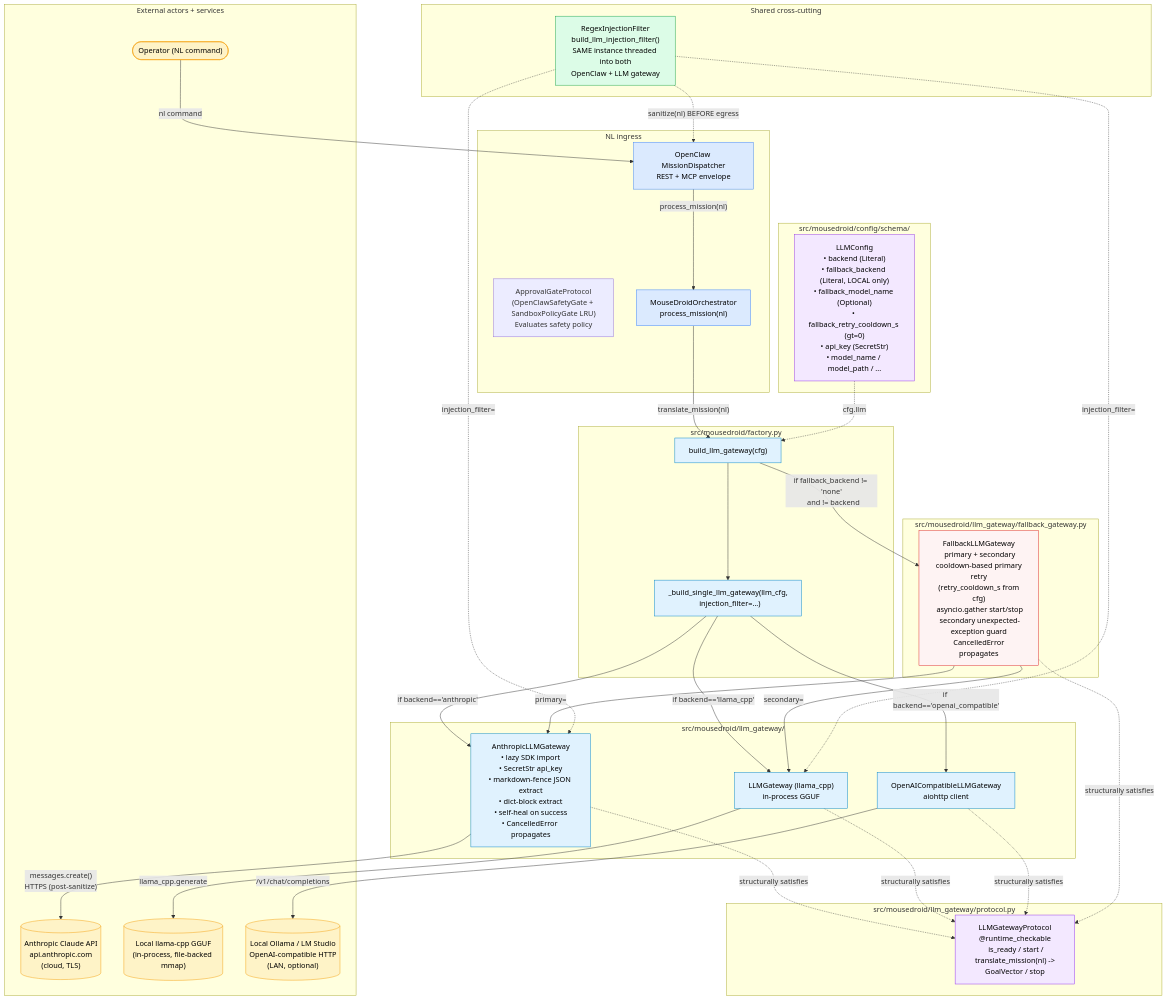
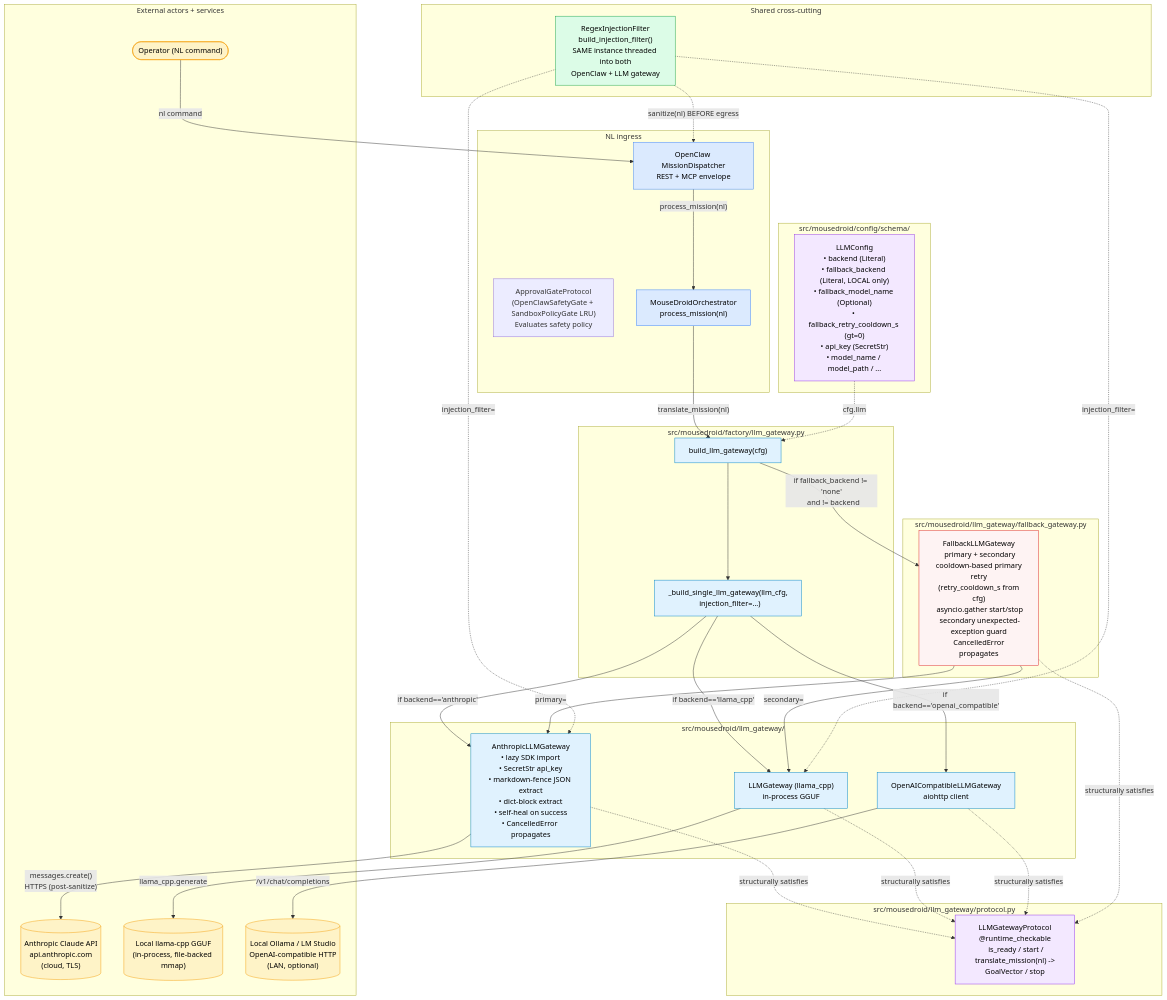
One commit to ianshank/Mouse-Droid-AGI changed the diagram in docs/architecture/c4-llm-gateway.md. Above: the diagram before and after it, drawn with Mermaid. The commit also changed 81 other files, not shown here.

```diff
--- a/docs/architecture/c4-llm-gateway.md
+++ b/docs/architecture/c4-llm-gateway.md
@@ -28,10 +28,10 @@
     end
 
     subgraph Filter["Shared cross-cutting"]
-        InjFilter["RegexInjectionFilter\nbuild_llm_injection_filter()\nSAME instance threaded into both\nOpenClaw + LLM gateway"]
+        InjFilter["RegexInjectionFilter\nbuild_injection_filter()\nSAME instance threaded into both\nOpenClaw + LLM gateway"]
     end
 
-    subgraph Factory["src/mousedroid/factory.py"]
+    subgraph Factory["src/mousedroid/factory/llm_gateway.py"]
         BuildLLM["build_llm_gateway(cfg)"]
         BuildSingle["_build_single_llm_gateway(llm_cfg,\n  injection_filter=...)"]
     end
```
